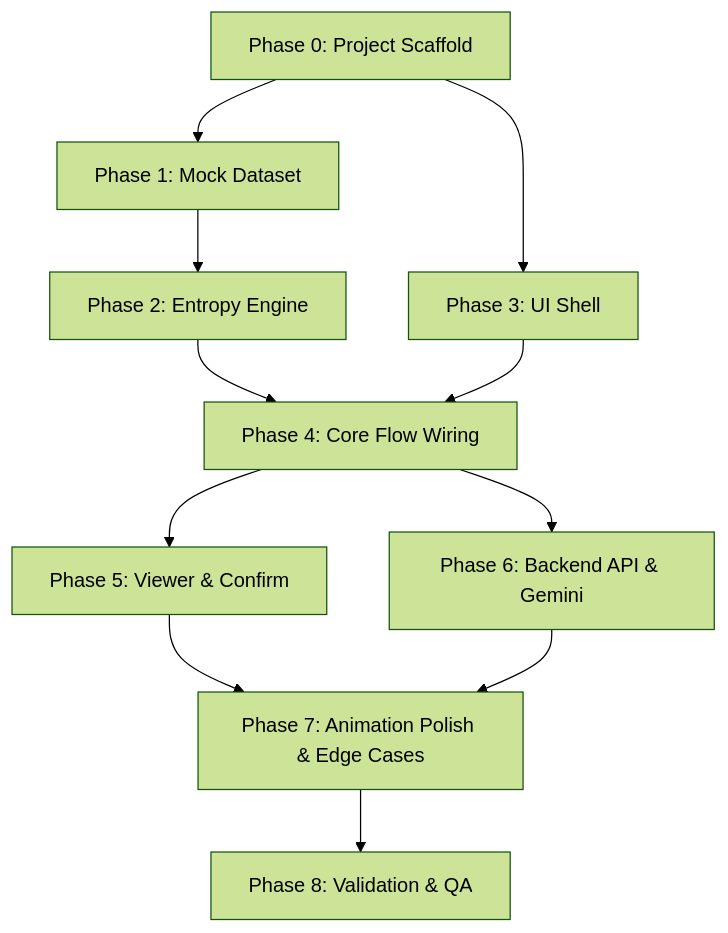
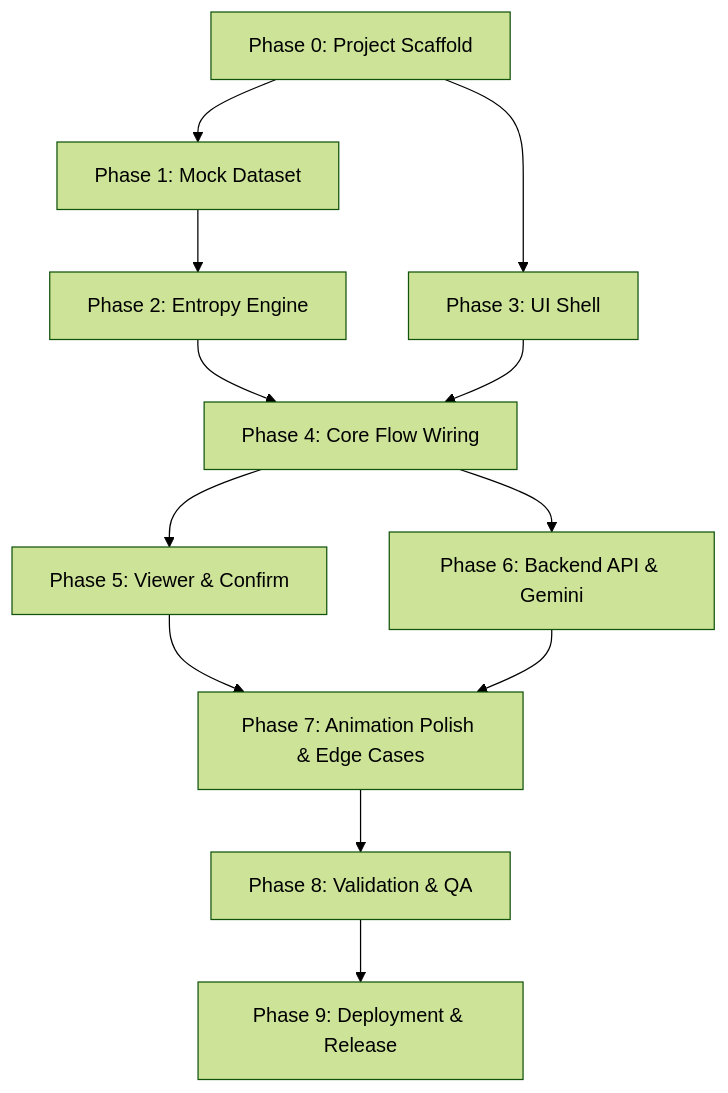
The diagram in implementationplan.md (gokulroshin/google-photos-better-search), drawn with Mermaid (forest theme) before and after one commit. The commit also changed other lines of this file, not shown here.

Commit message:
docs: add Phase 9 production deployment and release specifications

````diff
--- a/implementationplan.md
+++ b/implementationplan.md
@@ -270,13 +297,14 @@
 ```mermaid
 graph TD
     M0[Phase 0: Project Scaffold] --> M1[Phase 1: Mock Dataset]
     M0 --> M3[Phase 3: UI Shell]
     M1 --> M2[Phase 2: Entropy Engine]
     M2 --> M4[Phase 4: Core Flow Wiring]
     M3 --> M4
     M4 --> M5[Phase 5: Viewer & Confirm]
     M4 --> M6[Phase 6: Backend API & Gemini]
     M5 --> M7[Phase 7: Animation Polish & Edge Cases]
     M6 --> M7
     M7 --> M8[Phase 8: Validation & QA]
+    M8 --> M9[Phase 9: Deployment & Release]
 ```
````
